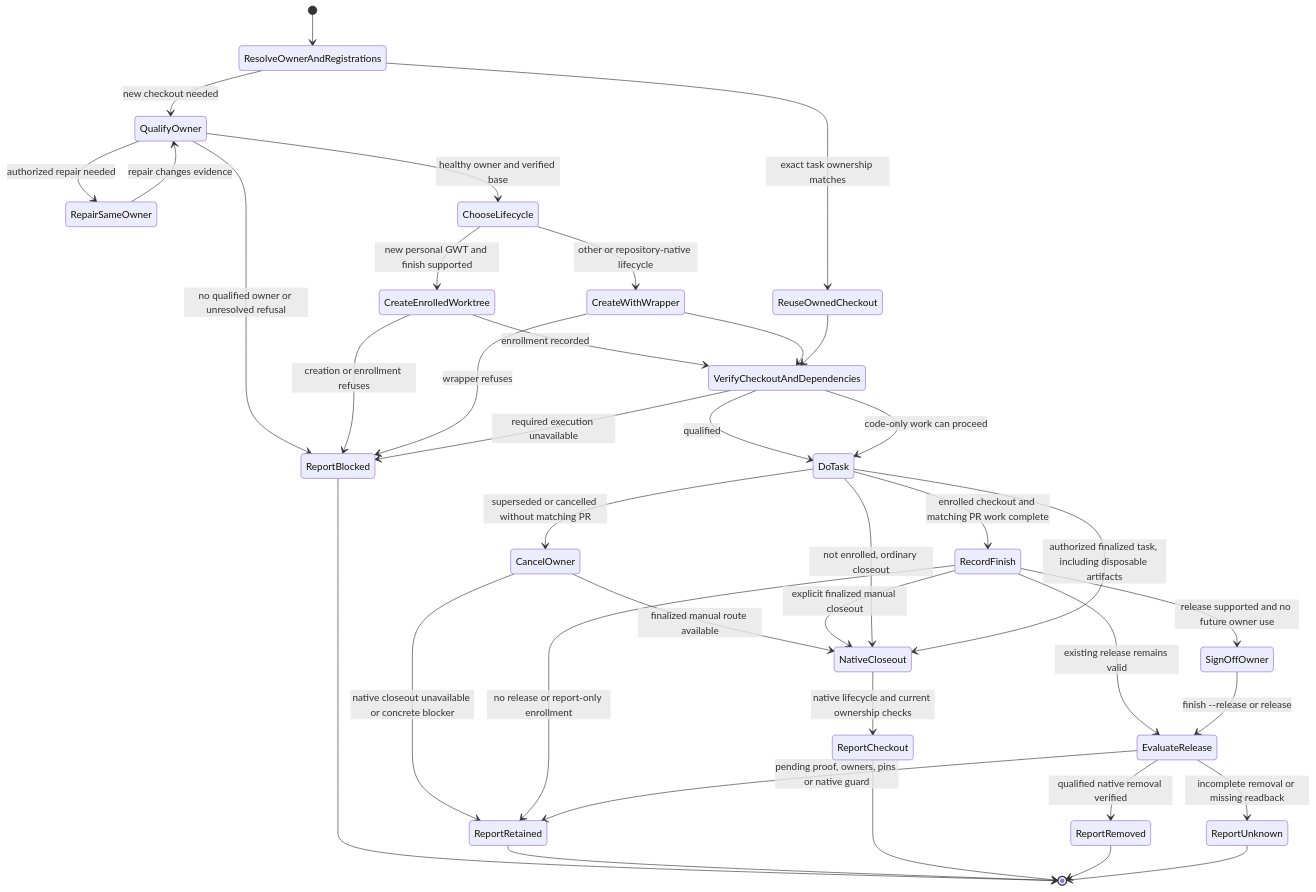
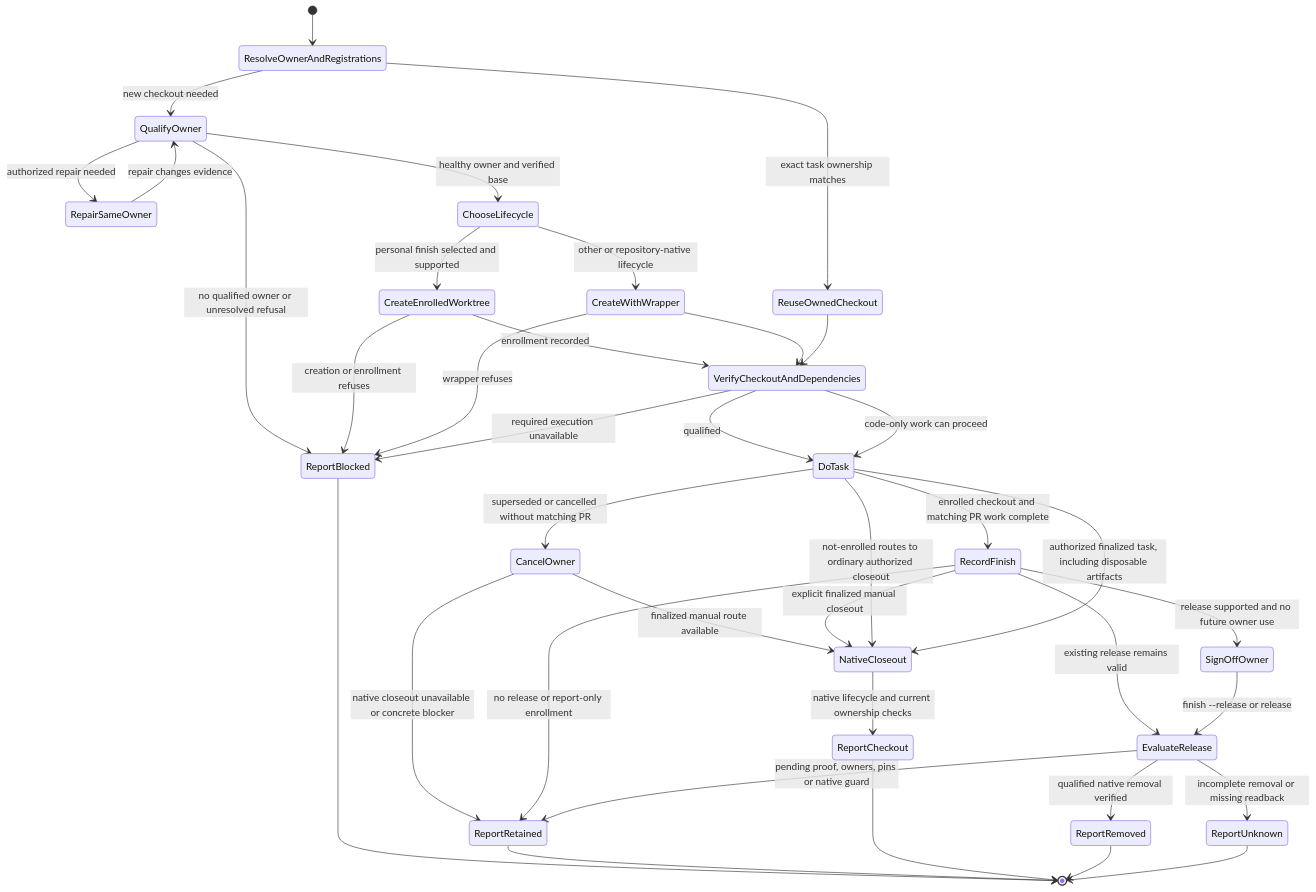
One commit to vincentkoc/dotskills changed the diagram in skills/operations-worktree/SKILL.md. Above: the diagram before and after it, drawn with Mermaid. The commit also changed other lines of this file, not shown here.

Commit message:
fix(worktree): allow authorized cleanup without finish enrollment

````diff
--- a/skills/operations-worktree/SKILL.md
+++ b/skills/operations-worktree/SKILL.md
@@ -206,40 +214,40 @@
 ```mermaid
 stateDiagram-v2
     [*] --> ResolveOwnerAndRegistrations
     ResolveOwnerAndRegistrations --> ReuseOwnedCheckout: exact task ownership matches
     ResolveOwnerAndRegistrations --> QualifyOwner: new checkout needed
     QualifyOwner --> RepairSameOwner: authorized repair needed
     RepairSameOwner --> QualifyOwner: repair changes evidence
     QualifyOwner --> ReportBlocked: no qualified owner or unresolved refusal
     QualifyOwner --> ChooseLifecycle: healthy owner and verified base
-    ChooseLifecycle --> CreateEnrolledWorktree: new personal GWT and finish supported
+    ChooseLifecycle --> CreateEnrolledWorktree: personal finish selected and supported
     ChooseLifecycle --> CreateWithWrapper: other or repository-native lifecycle
     CreateEnrolledWorktree --> VerifyCheckoutAndDependencies: enrollment recorded
     CreateEnrolledWorktree --> ReportBlocked: creation or enrollment refuses
     CreateWithWrapper --> VerifyCheckoutAndDependencies
     CreateWithWrapper --> ReportBlocked: wrapper refuses
     ReuseOwnedCheckout --> VerifyCheckoutAndDependencies
     VerifyCheckoutAndDependencies --> DoTask: qualified
     VerifyCheckoutAndDependencies --> DoTask: code-only work can proceed
     VerifyCheckoutAndDependencies --> ReportBlocked: required execution unavailable
     DoTask --> RecordFinish: enrolled checkout and matching PR work complete
     DoTask --> CancelOwner: superseded or cancelled without matching PR
     CancelOwner --> NativeCloseout: finalized manual route available
     CancelOwner --> ReportRetained: native closeout unavailable or concrete blocker
     RecordFinish --> ReportRetained: no release or report-only enrollment
     RecordFinish --> SignOffOwner: release supported and no future owner use
     RecordFinish --> EvaluateRelease: existing release remains valid
     SignOffOwner --> EvaluateRelease: finish --release or release
     EvaluateRelease --> ReportRetained: pending proof, owners, pins or native guard
     EvaluateRelease --> ReportRemoved: qualified native removal verified
     EvaluateRelease --> ReportUnknown: incomplete removal or missing readback
     RecordFinish --> NativeCloseout: explicit finalized manual closeout
-    DoTask --> NativeCloseout: not enrolled, ordinary closeout
+    DoTask --> NativeCloseout: not-enrolled routes to ordinary authorized closeout
     DoTask --> NativeCloseout: authorized finalized task, including disposable artifacts
     NativeCloseout --> ReportCheckout: native lifecycle and current ownership checks
     ReportBlocked --> [*]
     ReportRetained --> [*]
     ReportCheckout --> [*]
     ReportRemoved --> [*]
     ReportUnknown --> [*]
 ```
````
